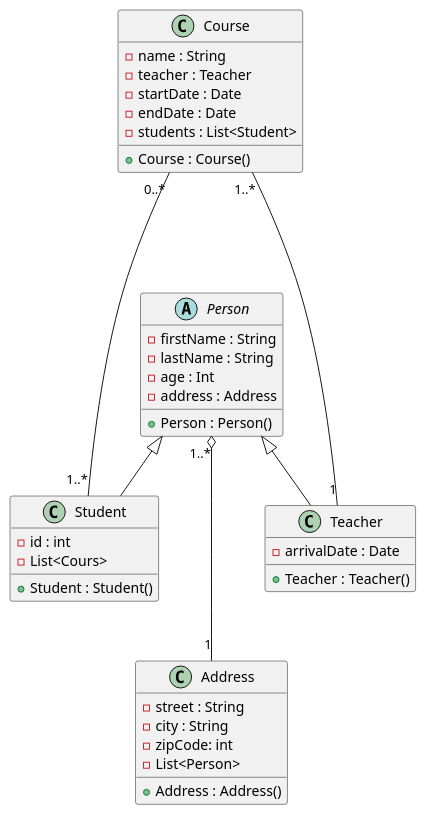
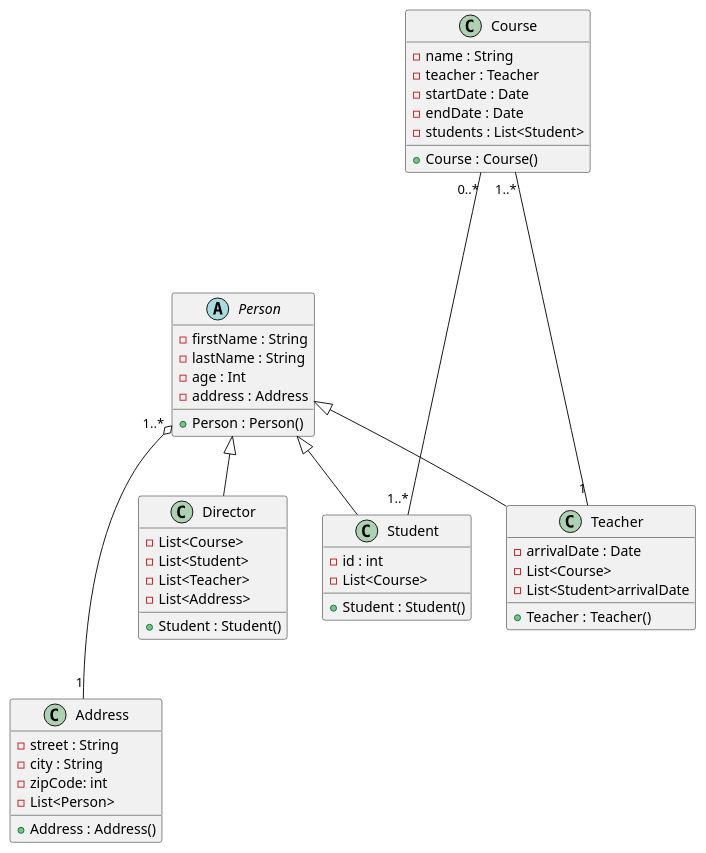
Before and after one commit to john7440/GestionEcole---Groupe: the diagram in doc/DiagramClass.puml, drawn with PlantUML.

Commit message:
modification du diagramme de classe

```diff
--- a/doc/DiagramClass.puml
+++ b/doc/DiagramClass.puml
@@ -1,48 +1,57 @@
 @startuml
 
 abstract class  Person{
     - firstName : String
     - lastName : String
     - age : Int
     - address : Address
 
     + Person : Person()
 }
 
 class Address{
     - street : String
     - city : String
     - zipCode: int
     - List<Person>
 
     + Address : Address()
 }
 
+class Director extends Person{
+    - List<Course>
+    - List<Student>
+    - List<Teacher>
+    - List<Address>
+    + Student : Student()
+}
+
 class Student extends Person{
     - id : int
-    - List<Cours>
+    - List<Course>
     + Student : Student()
 }
 
 class Teacher extends Person{
     - arrivalDate : Date
-
+    - List<Course>
+    - List<Student>arrivalDate
     + Teacher : Teacher()
 }
 
 class Course{
     - name : String
     - teacher : Teacher
     - startDate : Date
     - endDate : Date
     - students : List<Student>
 
     + Course : Course()
 }
 
 Person "1..*" o--- "1" Address
 Course "1..*" ---- "1" Teacher
 Course "0..*" ---- "1..*" Student
 
 
 @enduml
```
